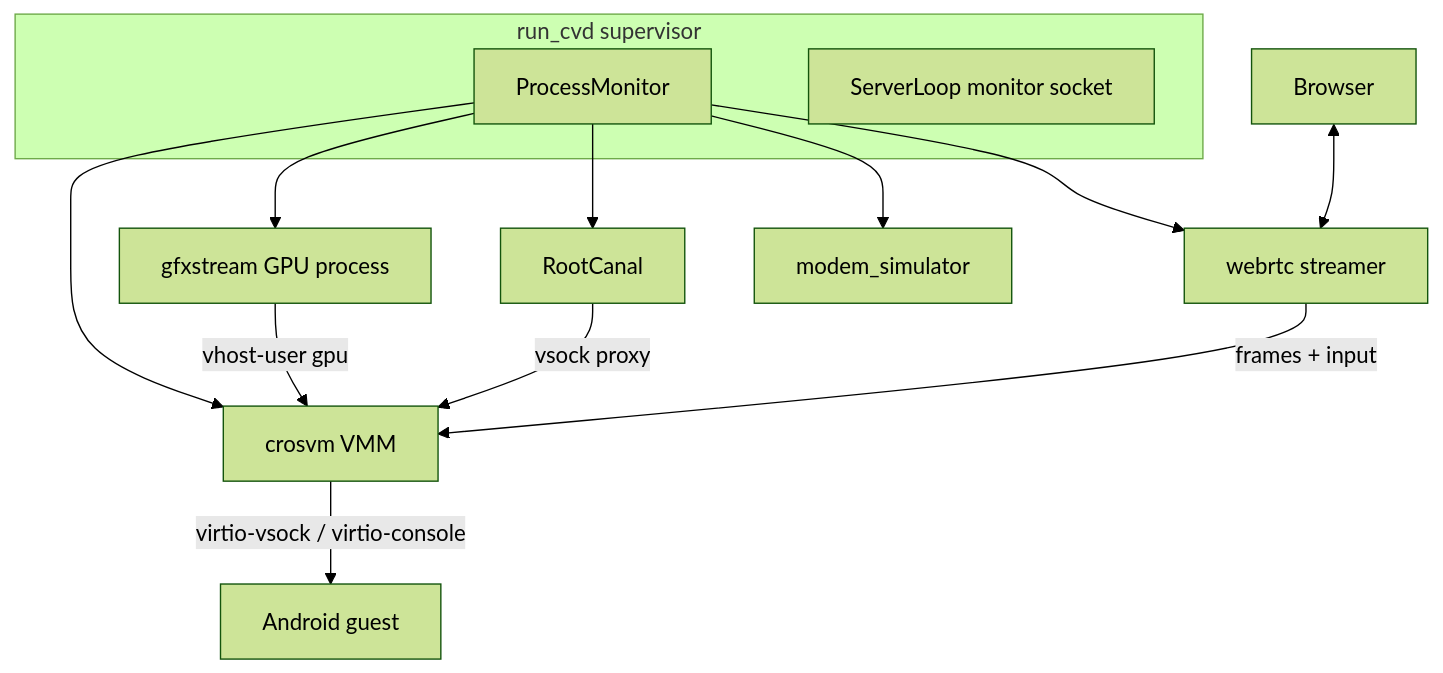
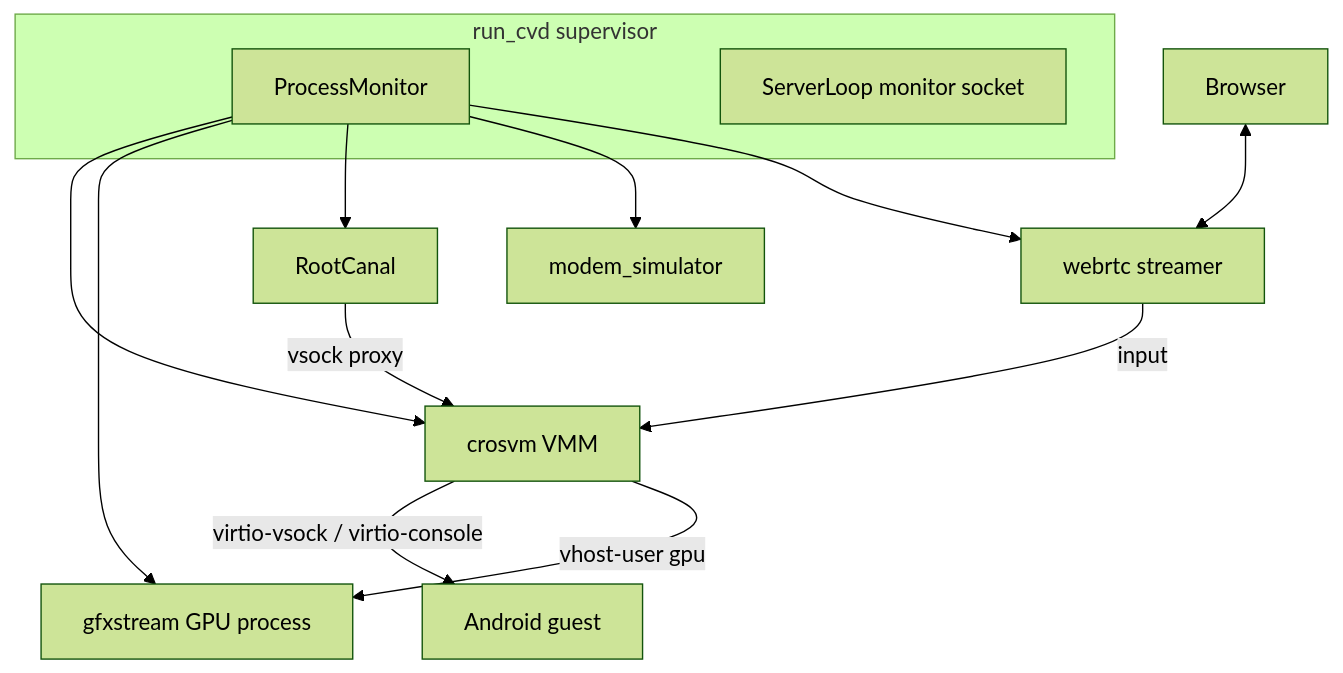
One commit to aospbooks/android-emulator-internal-book changed the ninth of 9 diagrams in 26-cuttlefish.md. Above: the diagram before and after it, drawn with Mermaid (forest theme). The commit also changed other lines of this file and 31 other files, not shown here.

````diff
--- a/26-cuttlefish.md
+++ b/26-cuttlefish.md
@@ -627,17 +628,17 @@
 ```mermaid
 flowchart TB
   subgraph SUP["run_cvd supervisor"]
     PM["ProcessMonitor"]
     SL["ServerLoop monitor socket"]
   end
   PM --> CROSVM["crosvm VMM"]
   PM --> GPUP["gfxstream GPU process"]
   PM --> RC["RootCanal"]
   PM --> MODEM["modem_simulator"]
   PM --> STR["webrtc streamer"]
   CROSVM -->|"virtio-vsock / virtio-console"| GUEST["Android guest"]
-  GPUP -->|"vhost-user gpu"| CROSVM
-  STR -->|"frames + input"| CROSVM
+  CROSVM -->|"vhost-user gpu"| GPUP
+  STR -->|"input"| CROSVM
   RC -->|"vsock proxy"| CROSVM
   Browser["Browser"] <--> STR
 ```
````
